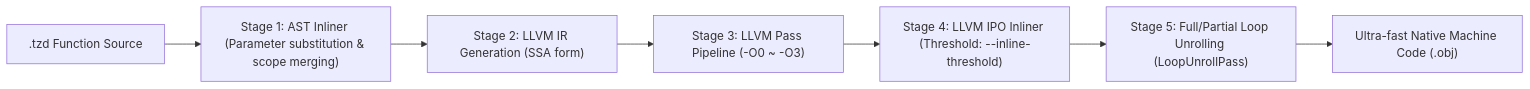
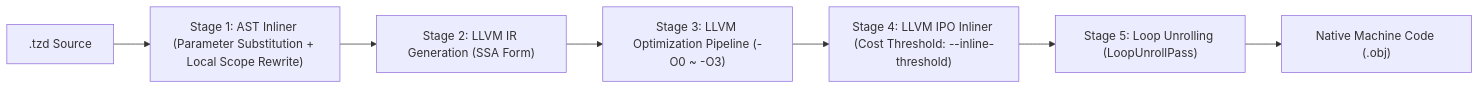
The second of 2 diagrams in wiki/JIT-Compiler-Internals.md (tzdwindows/TzdLanguage), drawn with Mermaid before and after one commit. The commit also changed other lines of this file and 5 other files, not shown here.

````diff
--- a/wiki/JIT-Compiler-Internals.md
+++ b/wiki/JIT-Compiler-Internals.md
@@ -89,9 +141,9 @@
 ```mermaid
 flowchart LR
-    Source[".tzd Function Source"] --> ASTInline["Stage 1: AST Inliner (Parameter substitution & scope merging)"]
-    ASTInline --> IRGen["Stage 2: LLVM IR Generation (SSA form)"]
-    IRGen --> OptPipeline["Stage 3: LLVM Pass Pipeline (-O0 ~ -O3)"]
-    OptPipeline --> LLVMInline["Stage 4: LLVM IPO Inliner (Threshold: --inline-threshold)"]
-    LLVMInline --> Unroll["Stage 5: Full/Partial Loop Unrolling (LoopUnrollPass)"]
-    Unroll --> MachineCode["Ultra-fast Native Machine Code (.obj)"]
+    Source[".tzd Source"] --> ASTInline["Stage 1: AST Inliner (Parameter Substitution + Local Scope Rewrite)"]
+    ASTInline --> IRGen["Stage 2: LLVM IR Generation (SSA Form)"]
+    IRGen --> OptPipeline["Stage 3: LLVM Optimization Pipeline (-O0 ~ -O3)"]
+    OptPipeline --> LLVMInline["Stage 4: LLVM IPO Inliner (Cost Threshold: --inline-threshold)"]
+    LLVMInline --> Unroll["Stage 5: Loop Unrolling (LoopUnrollPass)"]
+    Unroll --> MachineCode["Native Machine Code (.obj)"]
 ```
````
